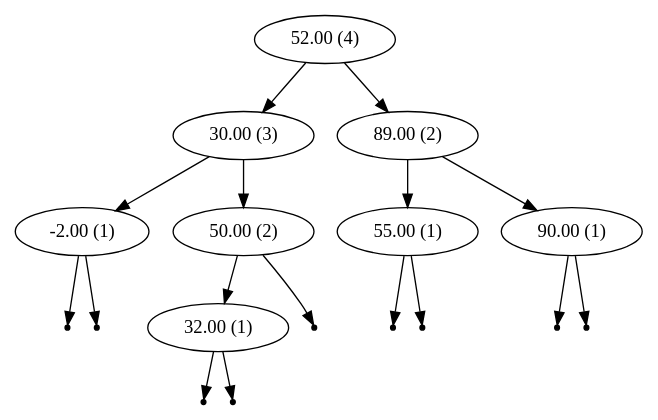
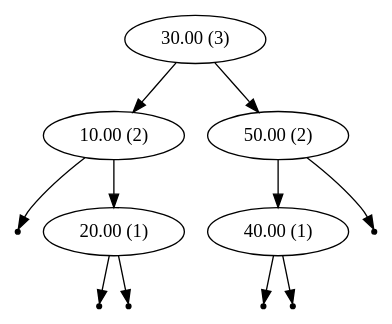
One commit to cerdogan/Job changed the diagram in AVL_Trees/graph.dot. Above: the diagram before and after it, drawn with Graphviz. The commit also changed 6 other files, not shown here.

```diff
--- a/AVL_Trees/graph.dot
+++ b/AVL_Trees/graph.dot
@@ -1,29 +1,20 @@
 digraph {
 graph [ordering="out"]
-"52.00 (4)"
-"52.00 (4)" -> "30.00 (3)"
-"30.00 (3)" -> "-2.00 (1)"
-"null-2.00-0" [shape=point];
-"-2.00 (1)" -> "null-2.00-0";
-"null-2.00-1" [shape=point];
-"-2.00 (1)" -> "null-2.00-1";
+"30.00 (3)"
+"30.00 (3)" -> "10.00 (2)"
+"null10.00-0" [shape=point];
+"10.00 (2)" -> "null10.00-0";
+"10.00 (2)" -> "20.00 (1)"
+"null20.00-0" [shape=point];
+"20.00 (1)" -> "null20.00-0";
+"null20.00-1" [shape=point];
+"20.00 (1)" -> "null20.00-1";
 "30.00 (3)" -> "50.00 (2)"
-"50.00 (2)" -> "32.00 (1)"
-"null32.00-0" [shape=point];
-"32.00 (1)" -> "null32.00-0";
-"null32.00-1" [shape=point];
-"32.00 (1)" -> "null32.00-1";
+"50.00 (2)" -> "40.00 (1)"
+"null40.00-0" [shape=point];
+"40.00 (1)" -> "null40.00-0";
+"null40.00-1" [shape=point];
+"40.00 (1)" -> "null40.00-1";
 "null50.00-1" [shape=point];
 "50.00 (2)" -> "null50.00-1";
-"52.00 (4)" -> "89.00 (2)"
-"89.00 (2)" -> "55.00 (1)"
-"null55.00-0" [shape=point];
-"55.00 (1)" -> "null55.00-0";
-"null55.00-1" [shape=point];
-"55.00 (1)" -> "null55.00-1";
-"89.00 (2)" -> "90.00 (1)"
-"null90.00-0" [shape=point];
-"90.00 (1)" -> "null90.00-0";
-"null90.00-1" [shape=point];
-"90.00 (1)" -> "null90.00-1";
 }
```
